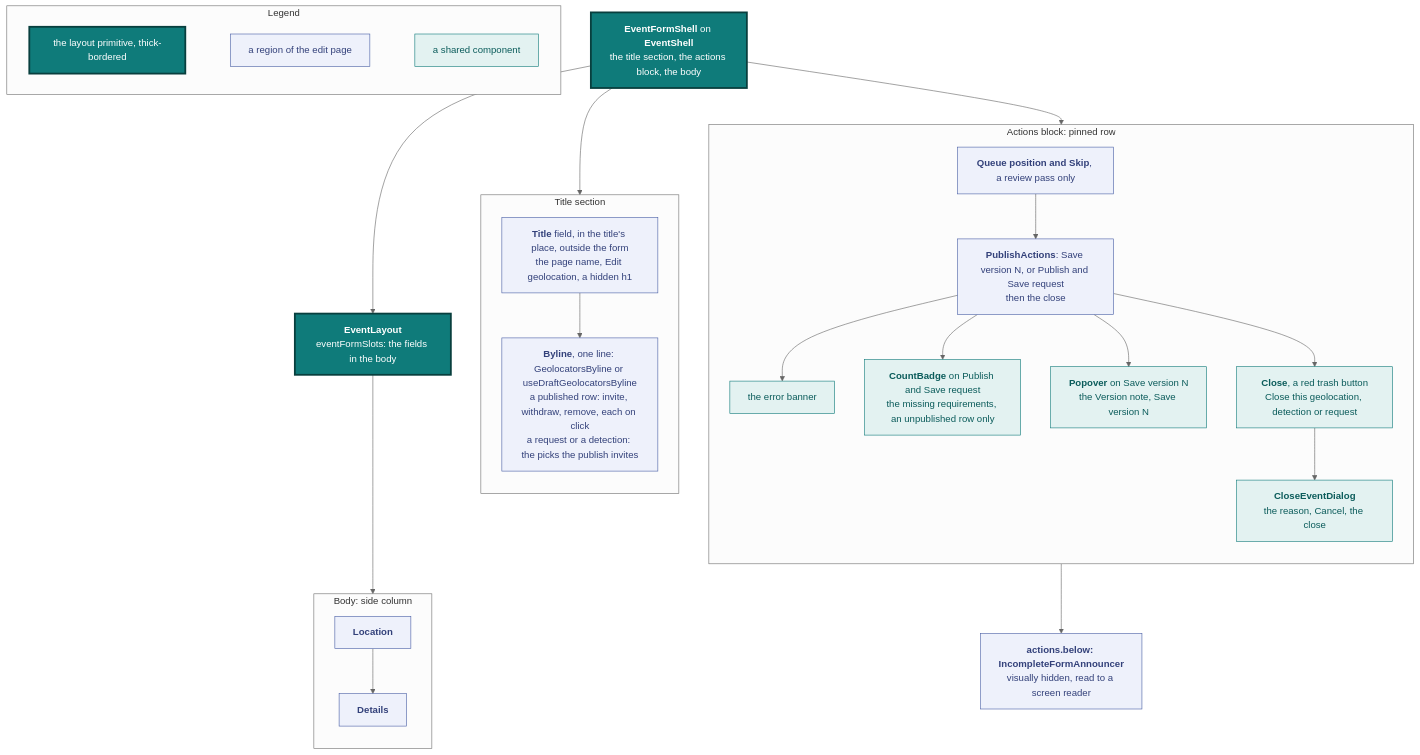
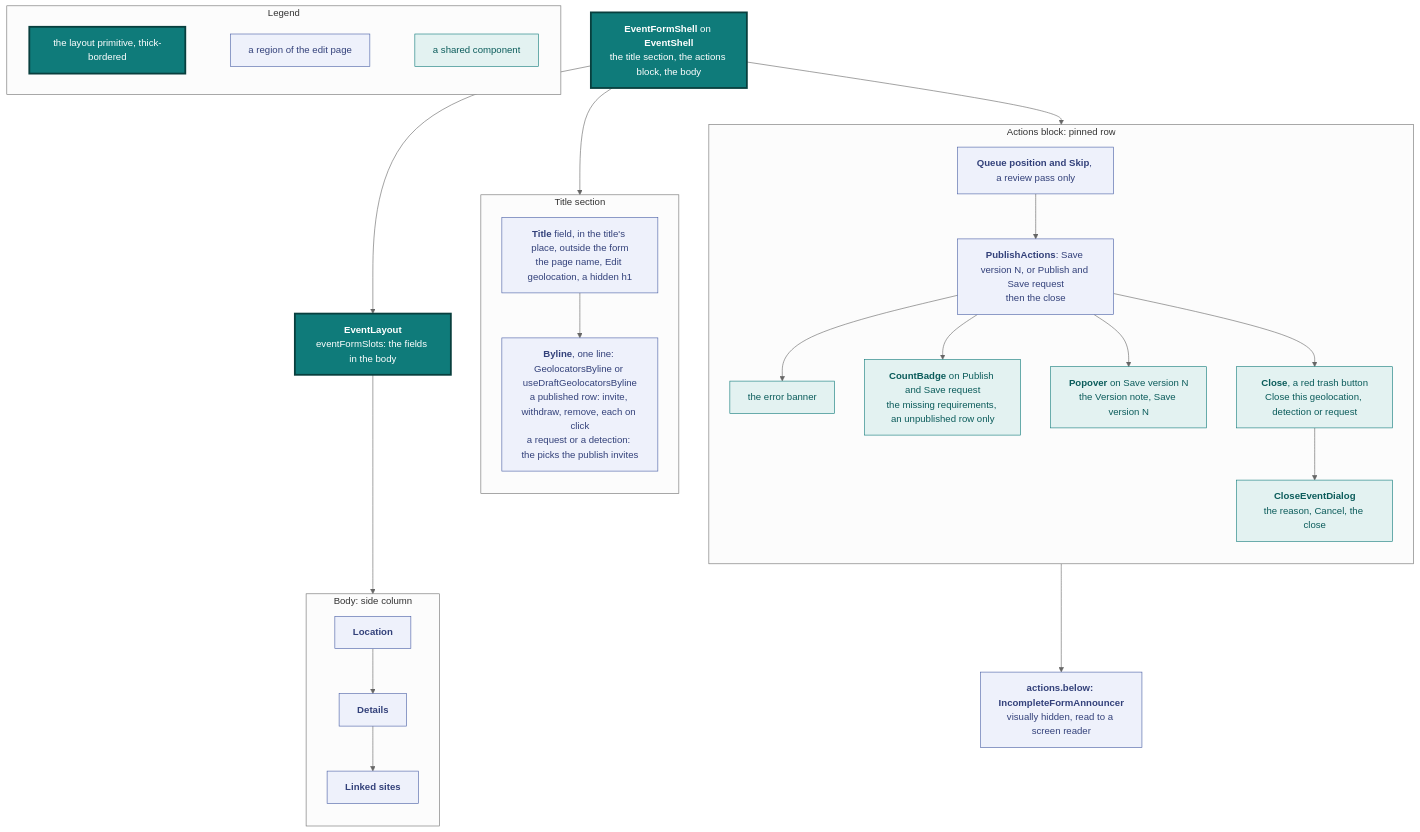
Diagram 13 of 19 in docs/design.md (vidithq/vidit), drawn with Mermaid (neutral theme) before and after one commit. The commit also changed other lines of this file and 32 other files, not shown here.

````diff
--- a/docs/design.md
+++ b/docs/design.md
@@ -1187,63 +1187,64 @@
 ```mermaid
 flowchart TB
   classDef spec fill:#eef1fb,stroke:#4a5fa5,color:#33417a
   classDef shared fill:#e3f2f1,stroke:#0f7b7a,color:#0b5c5b
   classDef core fill:#0f7b7a,stroke:#083f3e,stroke-width:3px,color:#ffffff
 
   subgraph legend [Legend]
     direction LR
     l1["`the layout primitive, thick-bordered`"]:::core
     l2["`a region of the edit page`"]:::spec
     l3["`a shared component`"]:::shared
     l1 ~~~ l2 ~~~ l3
   end
 
   shell["`**EventFormShell** on **EventShell**
   the title section, the actions block, the body`"]:::core
   layout["`**EventLayout**
   eventFormSlots: the fields in the body`"]:::core
 
   subgraph titlesection [Title section]
     direction TB
     title["`**Title** field, in the title's place, outside the form
     the page name, Edit geolocation, a hidden h1`"]:::spec
     byline["`**Byline**, one line: GeolocatorsByline or useDraftGeolocatorsByline
     a published row: invite, withdraw, remove, each on click
     a request or a detection: the picks the publish invites`"]:::spec
     title --> byline
   end
 
   subgraph rail [Actions block: pinned row]
     direction TB
     queue["`**Queue position and Skip**, a review pass only`"]:::spec
     actions["`**PublishActions**: Save version N, or Publish and Save request
     then the close`"]:::spec
     count["`**CountBadge** on Publish and Save request
     the missing requirements, an unpublished row only`"]:::shared
     banner["`the error banner`"]:::shared
     popover["`**Popover** on Save version N
     the Version note, Save version N`"]:::shared
     close["`**Close**, a red trash button
     Close this geolocation, detection or request`"]:::shared
     dialog["`**CloseEventDialog**
     the reason, Cancel, the close`"]:::shared
     queue --> actions --> banner
     actions --> count
     actions --> popover
     actions --> close --> dialog
   end
 
   note["`**actions.below: IncompleteFormAnnouncer**
   visually hidden, read to a screen reader`"]:::spec
 
   subgraph side [Body: side column]
     direction TB
     location["`**Location**`"]:::spec
     details["`**Details**`"]:::spec
-    location --> details
+    sitesfield["`**Linked sites**`"]:::spec
+    location --> details --> sitesfield
   end
 
   shell --> titlesection
   shell --> rail --> note
   shell --> layout --> side
 ```
````
